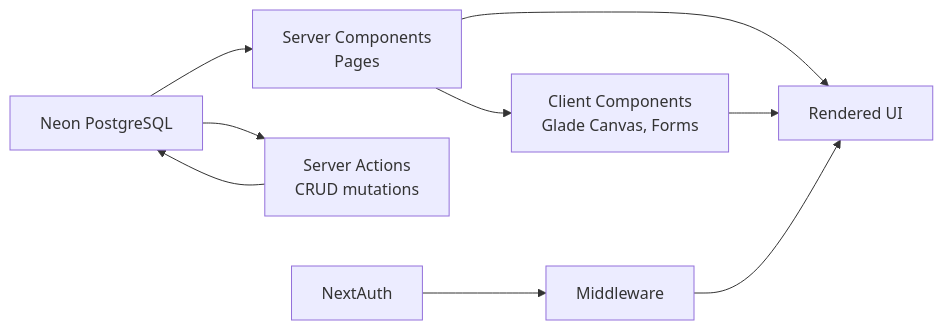
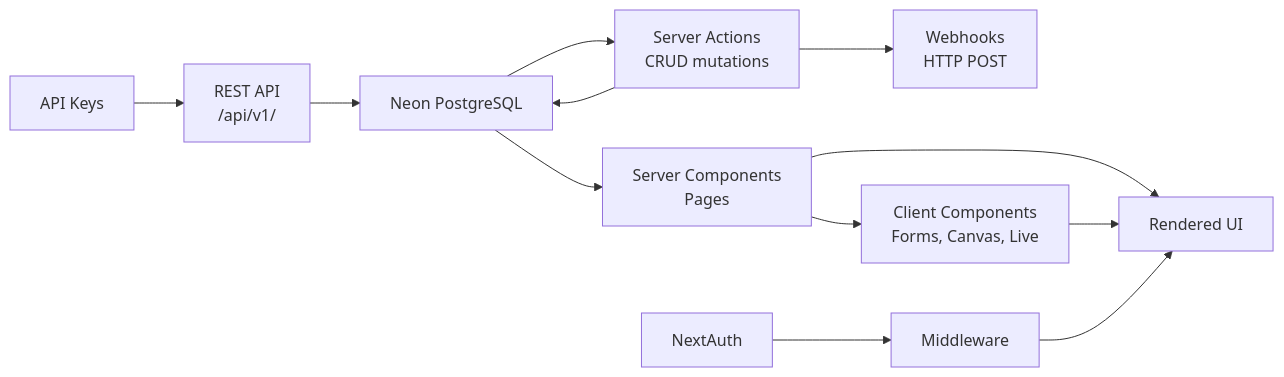
One commit to tomcwxyz/glade changed the second of 2 diagrams in STATE.md. Above: the diagram before and after it, drawn with Mermaid. The commit also changed other lines of this file and 2 other files, not shown here.

````diff
--- a/STATE.md
+++ b/STATE.md
@@ -102,11 +122,14 @@
 ```mermaid
 flowchart LR
     E[Neon PostgreSQL] --> B[Server Components<br/>Pages]
     B --> C[Rendered UI]
     E --> D[Server Actions<br/>CRUD mutations]
     D --> E
-    B --> F[Client Components<br/>Glade Canvas, Forms]
+    D --> W[Webhooks<br/>HTTP POST]
+    B --> F[Client Components<br/>Forms, Canvas, Live]
     F --> C
     G[NextAuth] --> H[Middleware]
     H --> C
+    I[API Keys] --> J[REST API<br/>/api/v1/]
+    J --> E
 ```
````
